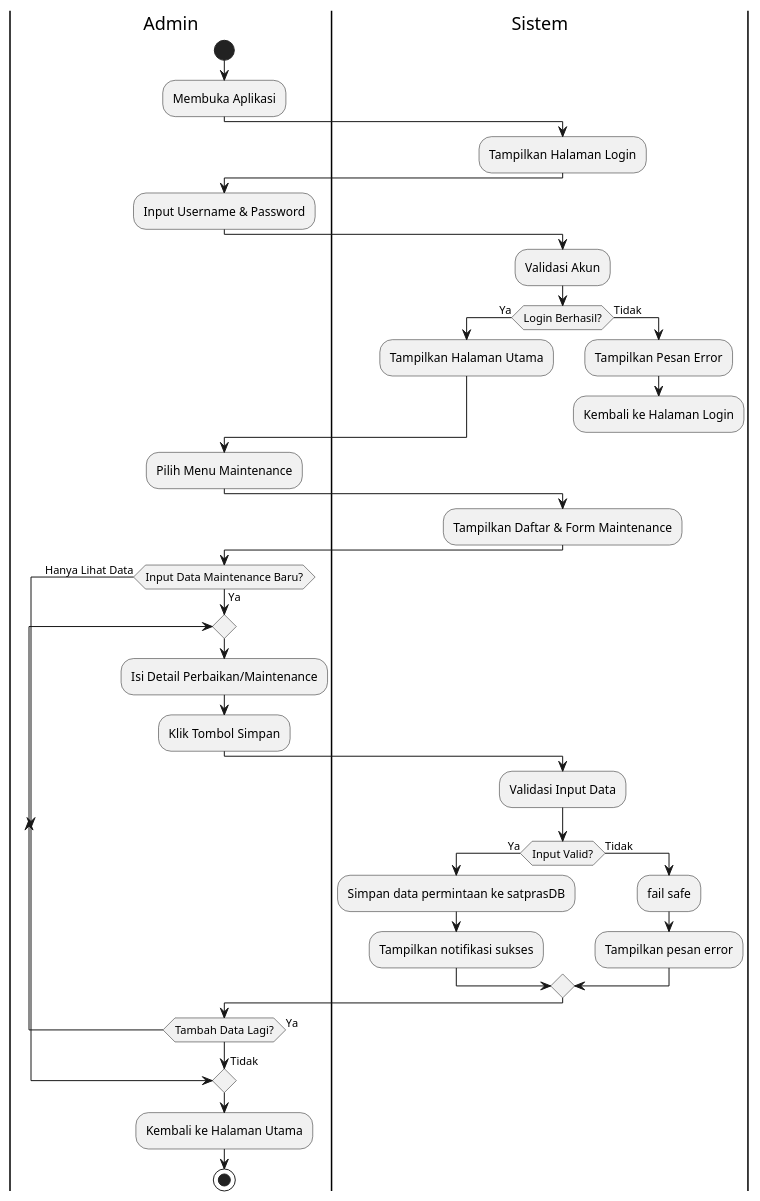
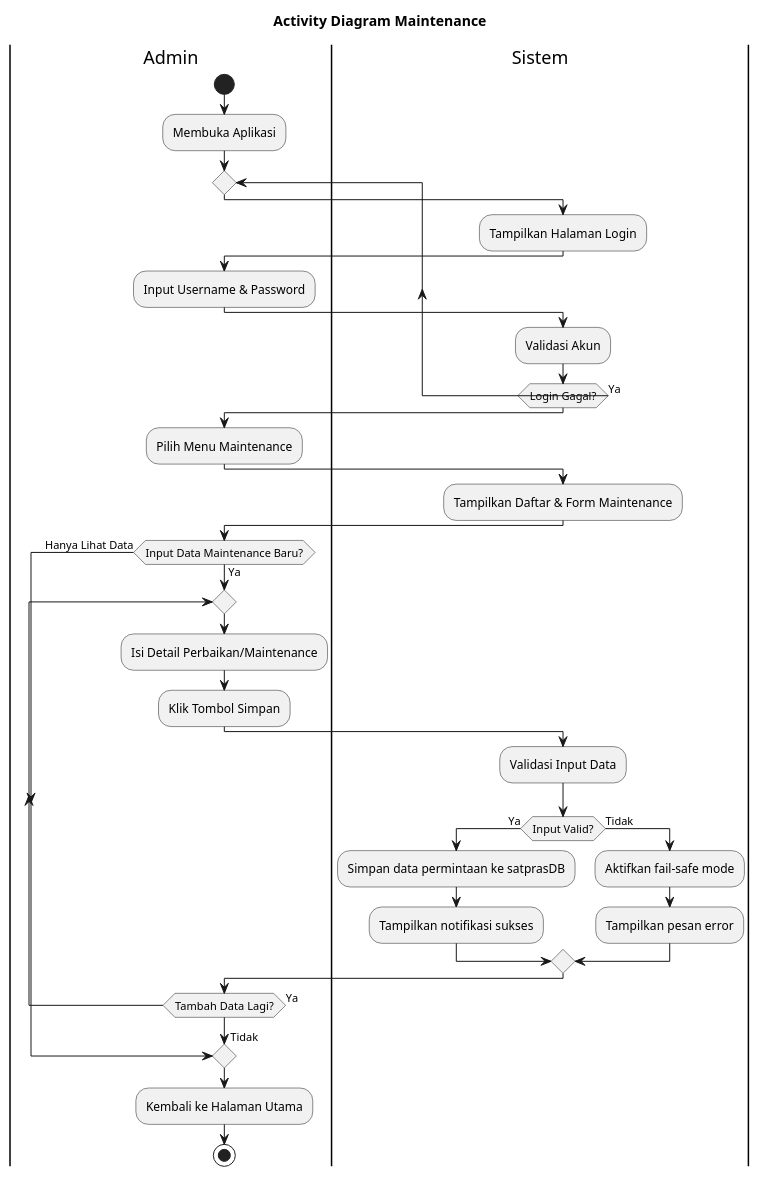
One commit to Fannandya/diagramPABD changed the diagram in Activity Diagram/activityMaintenance.puml. Above: the diagram before and after it, drawn with PlantUML. The commit also changed 1 other file, not shown here.

Commit message:
membenarkan activity maintenance

```diff
--- a/Activity Diagram/activityMaintenance.puml
+++ b/Activity Diagram/activityMaintenance.puml
@@ -1,56 +1,61 @@
 @startuml activityMaintenance
+
+title Activity Diagram Maintenance
 
 |Admin|
 start
 :Membuka Aplikasi;
 
-|Sistem|
-:Tampilkan Halaman Login;
+repeat
 
-|Admin|
-:Input Username & Password;
+    |Sistem|
+    :Tampilkan Halaman Login;
 
-|Sistem|
-:Validasi Akun;
-if (Login Berhasil?) then (Ya)
-  :Tampilkan Halaman Utama;
-else (Tidak)
-  :Tampilkan Pesan Error;
-  :Kembali ke Halaman Login;
-  detach
-endif
+    |Admin|
+    :Input Username & Password;
+
+    |Sistem|
+    :Validasi Akun;
+
+repeat while (Login Gagal?) is (Ya)
 
 |Admin|
 :Pilih Menu Maintenance;
 
 |Sistem|
 :Tampilkan Daftar & Form Maintenance;
 
 |Admin|
 if (Input Data Maintenance Baru?) then (Ya)
-  repeat
-    |Admin|
-    :Isi Detail Perbaikan/Maintenance;
-    :Klik Tombol Simpan;
-    
-    |Sistem|
-    :Validasi Input Data;
-    if (Input Valid?) then (Ya)
-      :Simpan data permintaan ke satprasDB;
-      :Tampilkan notifikasi sukses;
-    else (Tidak)
-      :fail safe;
-      :Tampilkan pesan error;
-    endif
-    
-    |Admin|
-  repeat while (Tambah Data Lagi?) is (Ya)
-  ->Tidak;
+
+    repeat
+
+        :Isi Detail Perbaikan/Maintenance;
+        :Klik Tombol Simpan;
+
+        |Sistem|
+        :Validasi Input Data;
+
+        if (Input Valid?) then (Ya)
+            :Simpan data permintaan ke satprasDB;
+            :Tampilkan notifikasi sukses;
+        else (Tidak)
+            :Aktifkan fail-safe mode;
+            :Tampilkan pesan error;
+        endif
+
+        |Admin|
+
+    repeat while (Tambah Data Lagi?) is (Ya)
+
+    -> Tidak;
+
 else (Hanya Lihat Data)
+
 endif
 
 |Admin|
 :Kembali ke Halaman Utama;
+
 stop
-
 @enduml
```
